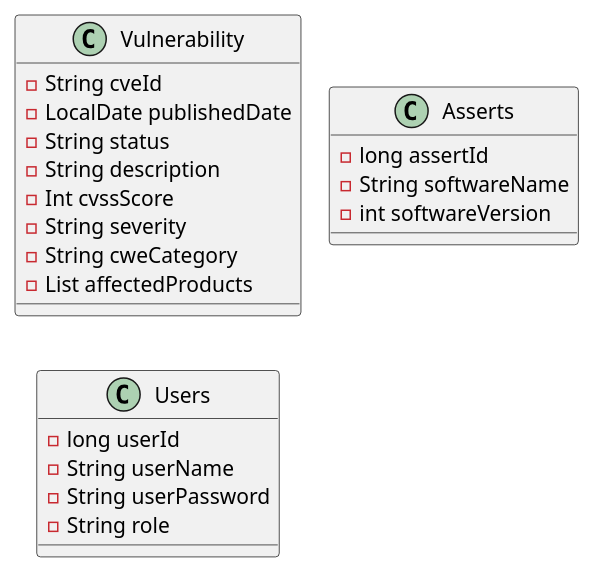
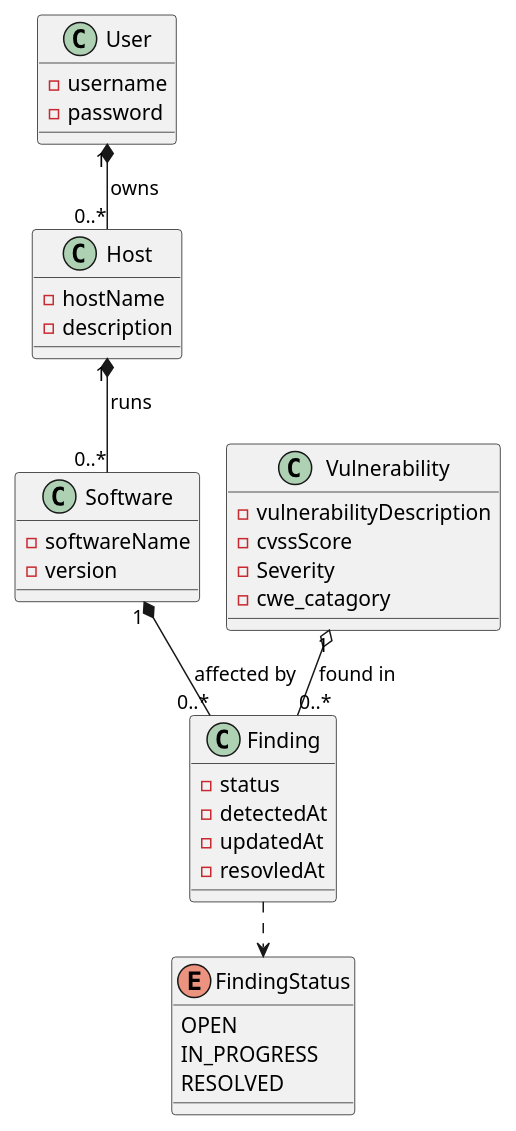
The diagram in docs/domainemodel/foredoomDomainemodel.puml (GladVillainy/ForeDoomWatch), drawn with PlantUML before and after one commit.

Commit message:
Added domainemodel

```diff
--- a/docs/domainemodel/foredoomDomainemodel.puml
+++ b/docs/domainemodel/foredoomDomainemodel.puml
@@ -1,30 +1,47 @@
 @startuml
 !pragma layout smetana
 
-Class Vulnerability{
-- String cveId
-- LocalDate publishedDate
-- String status
-- String description
-- Int cvssScore
-- String severity
- -String cweCategory
-- List affectedProducts
+Class User{
+- username
+- password
 }
 
-Class Asserts {
-- long assertId
-- String softwareName
-- int softwareVersion
-
+Class Host{
+- hostName
+- description
 }
 
-Class Users {
-- long userId
-- String userName
-- String userPassword
-- String role
+Class Software{
+- softwareName
+- version
+}
+
+Class Finding{
+- status
+- detectedAt
+- updatedAt
+- resovledAt
+}
+
+Class Vulnerability{
+- vulnerabilityDescription
+- cvssScore
+- Severity
+- cwe_catagory
+}
+
+enum FindingStatus {
+  OPEN
+  IN_PROGRESS
+  RESOLVED
 }
 
 
+User    "1" *-- "0..*" Host      : owns >
+Host   "1" *-- "0..*" Software   : runs >
+Software "1" *-- "0..*" Finding   : affected by >
+Vulnerability "1" o-- "0..*" Finding : found in >
+Finding ..> FindingStatus
+
+
 @enduml
```
